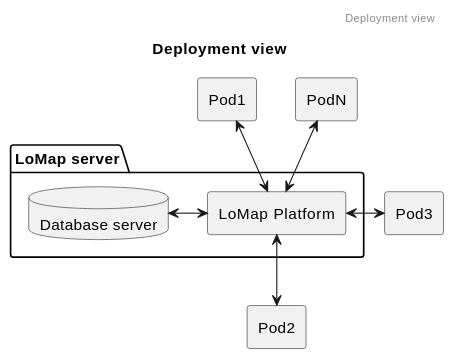
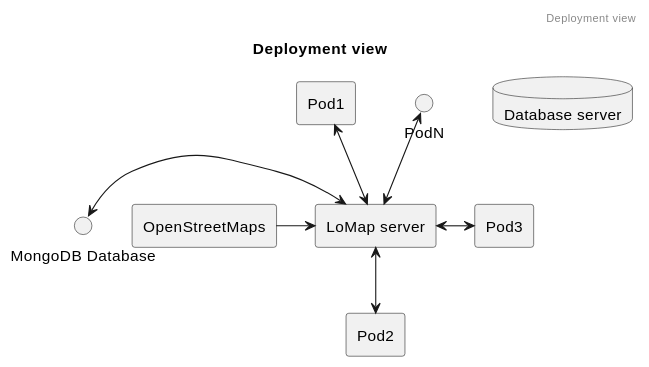
Before and after one commit to Arquisoft/lomap_en2b: the diagram in docs/07_deployment_view.adoc, drawn with PlantUML. The commit also changed other lines of this file and 1 other file, not shown here.

```diff
--- a/docs/07_deployment_view.adoc
+++ b/docs/07_deployment_view.adoc
@@ -10,24 +8,23 @@
 [plantuml,"Deployment diagram",png, id = "DeployDiagramView"]
 ----
 @startuml
 header Deployment view
 title Deployment view
 
-folder "LoMap server" {
-    agent "LoMap Platform"
-    database "Database server"
-}
+agent "LoMap server"
+agent "OpenStreetMaps"
+database "Database server"
 agent Pod1
 agent Pod2
 agent Pod3
-agent PodN
 
-Pod1 <--> "LoMap Platform"
-"LoMap Platform" <--> Pod2
-PodN <--> "LoMap Platform"
-"LoMap Platform" <-> "Pod3"
+Pod1 <--> "LoMap server"
+"LoMap server" <--> Pod2
+PodN <--> "LoMap server"
+"LoMap server" <-> "Pod3"
 
-"Database server" <-> "LoMap Platform"
+"MongoDB Database" <-> "LoMap server"
+"OpenStreetMaps" -> "LoMap server"
 
 @enduml
 ----
```
